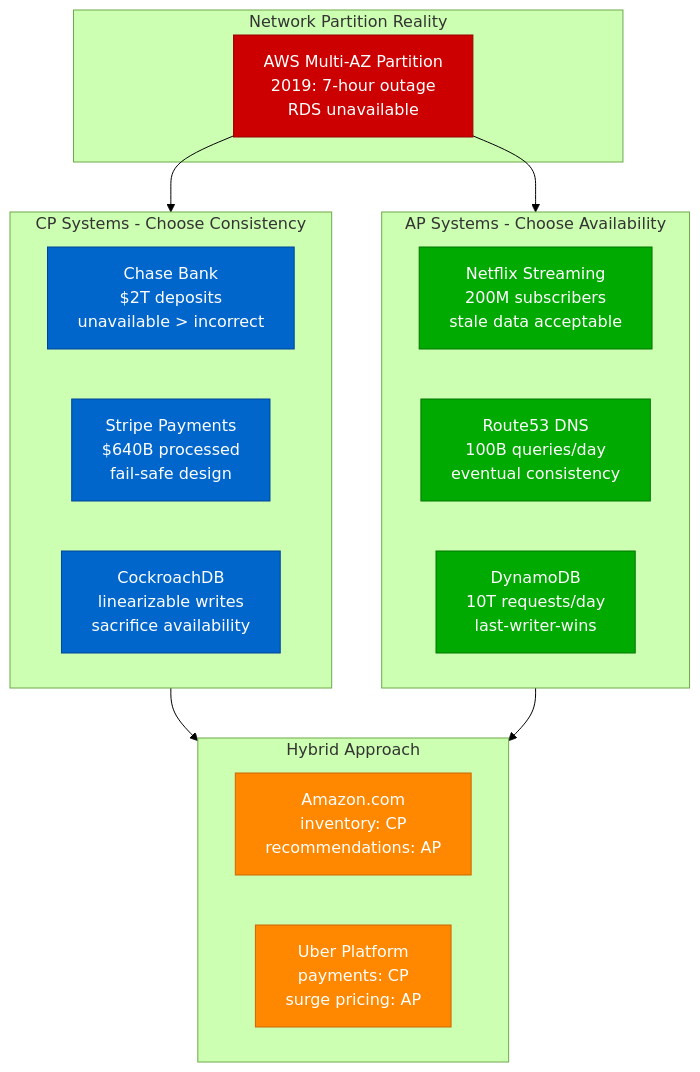
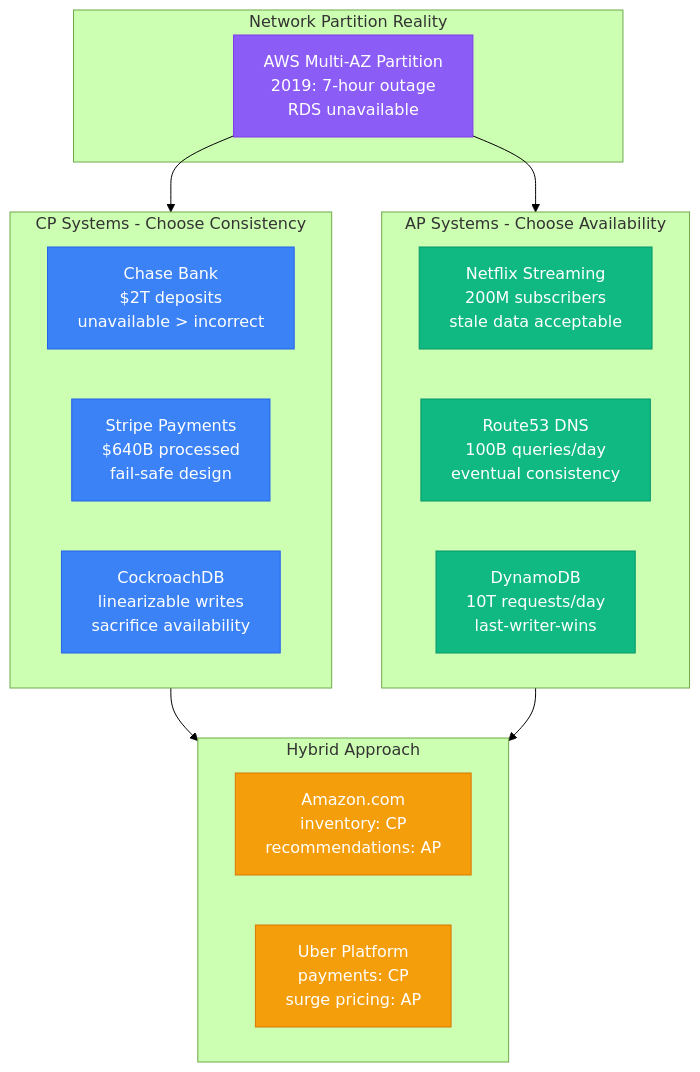
The second of 3 diagrams in site/docs/getting-started/concepts.md (deepaucksharma/DS), drawn with Mermaid (forest theme) before and after one commit. The commit also changed other lines of this file and 303 other files, not shown here.

````diff
--- a/site/docs/getting-started/concepts.md
+++ b/site/docs/getting-started/concepts.md
@@ -58,38 +58,38 @@
 ```mermaid
 flowchart TB
     subgraph Problem["Network Partition Reality"]
         PART["AWS Multi-AZ Partition<br/>2019: 7-hour outage<br/>RDS unavailable"]
     end
 
     subgraph CPSystems["CP Systems - Choose Consistency"]
         BANK["Chase Bank<br/>$2T deposits<br/>unavailable > incorrect"]
         STRIPE["Stripe Payments<br/>$640B processed<br/>fail-safe design"]
         COCKROACH["CockroachDB<br/>linearizable writes<br/>sacrifice availability"]
     end
 
     subgraph APSystems["AP Systems - Choose Availability"]
         NETFLIX["Netflix Streaming<br/>200M subscribers<br/>stale data acceptable"]
         DNS["Route53 DNS<br/>100B queries/day<br/>eventual consistency"]
         DYNAMO["DynamoDB<br/>10T requests/day<br/>last-writer-wins"]
     end
 
     subgraph Hybrid["Hybrid Approach"]
         AMAZON["Amazon.com<br/>inventory: CP<br/>recommendations: AP"]
         UBER["Uber Platform<br/>payments: CP<br/>surge pricing: AP"]
     end
 
     PART --> CPSystems
     PART --> APSystems
     CPSystems --> Hybrid
     APSystems --> Hybrid
 
-    classDef problemStyle fill:#CC0000,stroke:#990000,color:#fff
-    classDef cpStyle fill:#0066CC,stroke:#004499,color:#fff
-    classDef apStyle fill:#00AA00,stroke:#007700,color:#fff
-    classDef hybridStyle fill:#FF8800,stroke:#CC6600,color:#fff
+    classDef problemStyle fill:#8B5CF6,stroke:#7C3AED,color:#fff
+    classDef cpStyle fill:#3B82F6,stroke:#2563EB,color:#fff
+    classDef apStyle fill:#10B981,stroke:#059669,color:#fff
+    classDef hybridStyle fill:#F59E0B,stroke:#D97706,color:#fff
 
     class PART problemStyle
     class BANK,STRIPE,COCKROACH cpStyle
     class NETFLIX,DNS,DYNAMO apStyle
     class AMAZON,UBER hybridStyle
 ```
````
